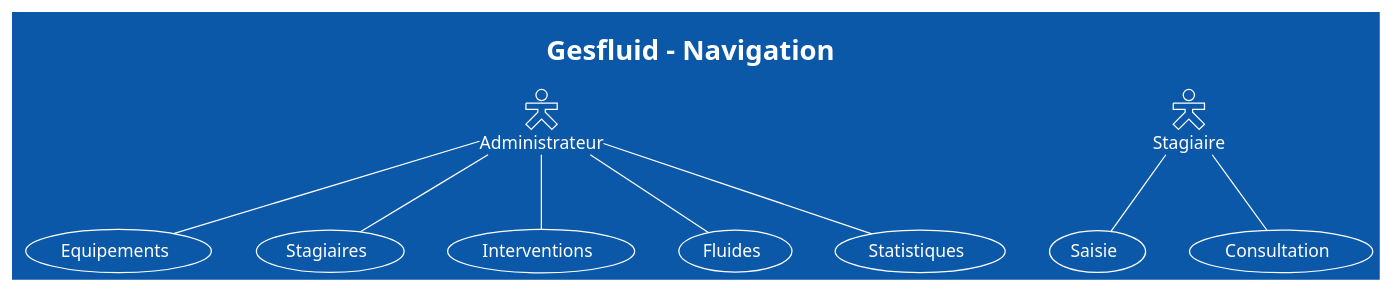
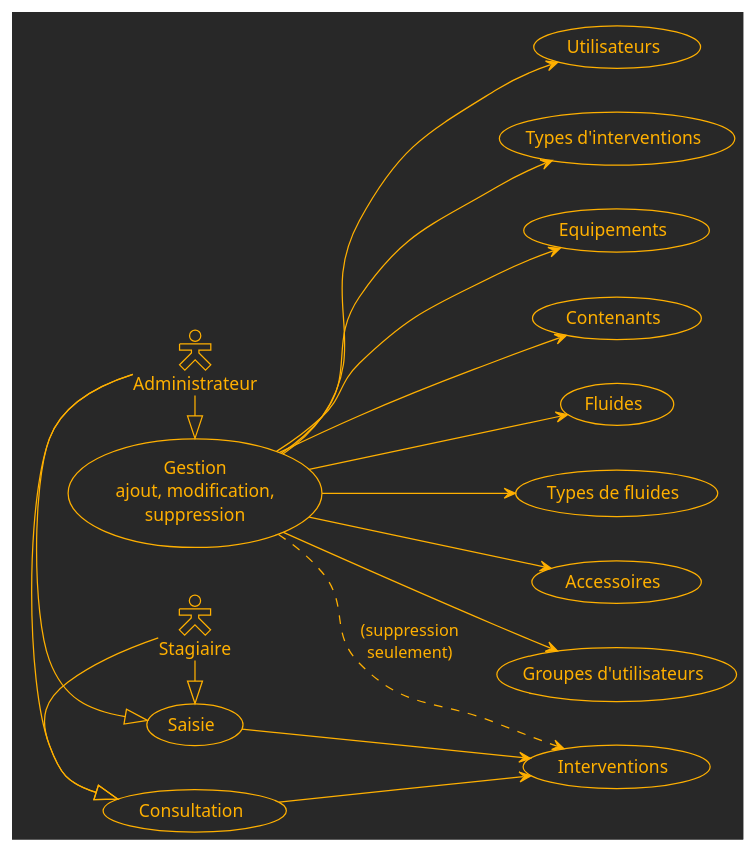
The diagram in _conception/navigation.puml (teegre/gesfluid), drawn with PlantUML before and after one commit. The commit also changed 3 other files, not shown here.

```diff
--- a/_conception/navigation.puml
+++ b/_conception/navigation.puml
@@ -1,26 +1,40 @@
 @startuml
 
-!theme amiga
+!theme crt-amber
 skinparam actorStyle Hollow
-title Gesfluid - Navigation
+left to right direction
 
-actor Administrateur as A
-actor Stagiaire as S
+:Administrateur: as A
+:Stagiaire: as STA
 
-(Equipements) as E
-(Stagiaires) as STAG
-(Interventions) as C
+(Interventions) as I
+(Types d'interventions) as TI
+(Equipements) as EQ
+(Contenants) as CO
 (Fluides) as F
-(Statistiques) as STAT
-(Saisie) as SA
-(Consultation) as CO
+(Types de fluides) as TF
+(Accessoires) as AC
+(Groupes d'utilisateurs) as GU
+(Utilisateurs) as U
+(Gestion\najout, modification,\nsuppression) as G
+(Consultation) as C
+(Saisie) as S
 
-A -- STAG
-A -- E
-A -- F
-A -- C
-A -- STAT
-S -- SA
-S -- CO
+A -|> G
+A -|> C
+A -|> S
+STA -|> C
+STA -|> S
+G ..> I: (suppression\nseulement)
+C --> I
+S --> I
+G --> TI
+G --> EQ
+G --> CO
+G --> F
+G --> TF
+G --> AC
+G --> GU
+G --> U
 
 @enduml
```
